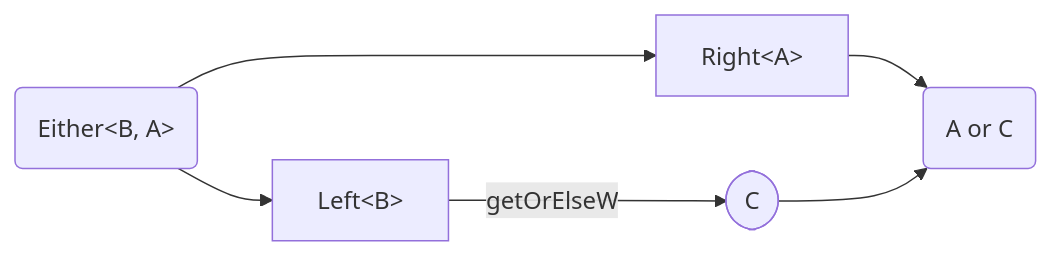
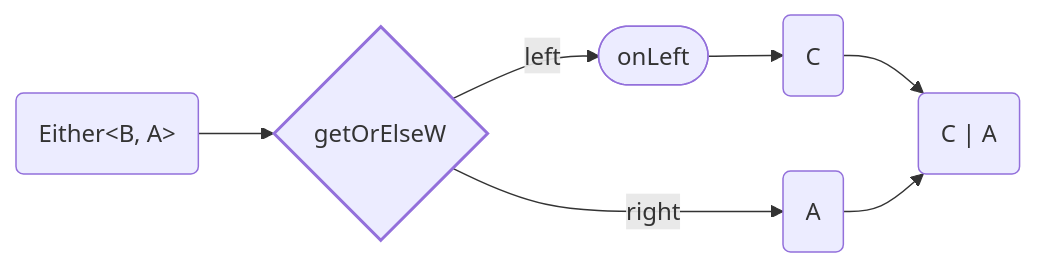
One commit to adamjosefus/fp-ts-examples changed the eighth of 8 diagrams in Either.md. Above: the diagram before and after it, drawn with Mermaid. The commit also changed other lines of this file, not shown here.

````diff
--- a/Either.md
+++ b/Either.md
@@ -352,9 +372,18 @@
 ```mermaid
 flowchart LR
-    input("Either<<span>B, A</span>>") --> left[Left<<span>B</span>>]
-    input --> right[Right<<span>A</span>>]
-    right --> result([<span>C</span>])
-    left --> | getOrElseW | resultLeft([<span>C</span>])
-    resultLeft --> result(<span>A or C</span>)
+    style getOrElseW stroke-width: 2px
 
+    input("Either<<span>B, A</span>>")
+    getOrElseW{ getOrElseW }
+    onLeft([ onLeft ])
+    leftOutput( C )
+    rightOutput( A )
+    output("C | A")
+
+    input --> getOrElseW
+    getOrElseW --> | left | onLeft
+    getOrElseW --> | right | rightOutput
+    onLeft --> leftOutput
+    leftOutput --> output
+    rightOutput --> output
 ```
````
